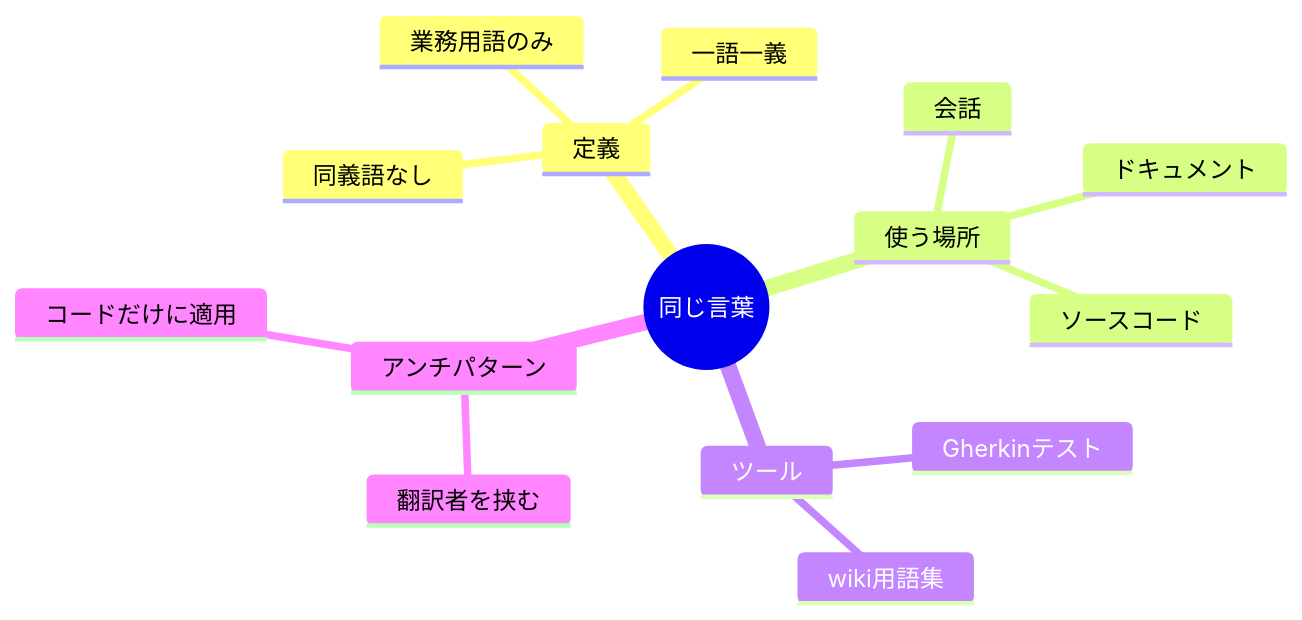
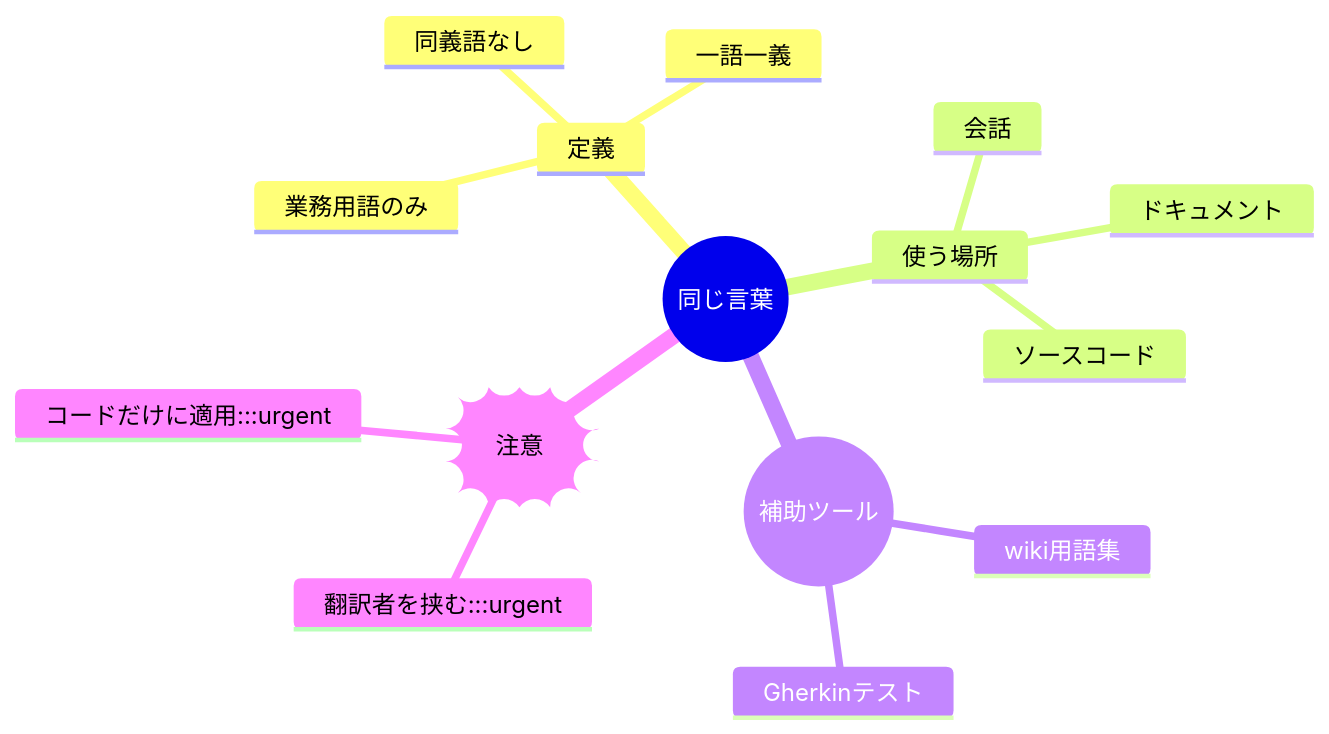
Before and after one commit to daidaiiro-519/has-udd: the seventh of 8 diagrams in .claude/skills/mermaid-guide/references/pattern-mindmap.md, drawn with Mermaid. The commit also changed other lines of this file and 26 other files, not shown here.

````diff
--- a/.claude/skills/mermaid-guide/references/pattern-mindmap.md
+++ b/.claude/skills/mermaid-guide/references/pattern-mindmap.md
@@ -74,18 +134,18 @@
 ```mermaid
 mindmap
   root((同じ言葉))
     定義
       業務用語のみ
       一語一義
       同義語なし
     使う場所
       会話
       ドキュメント
       ソースコード
-    ツール
+    ツール(( 補助ツール ))
       wiki用語集
       Gherkinテスト
-    アンチパターン
-      翻訳者を挟む
-      コードだけに適用
+    アンチパターン))注意((
+      翻訳者を挟む:::urgent
+      コードだけに適用:::urgent
 ```
````
